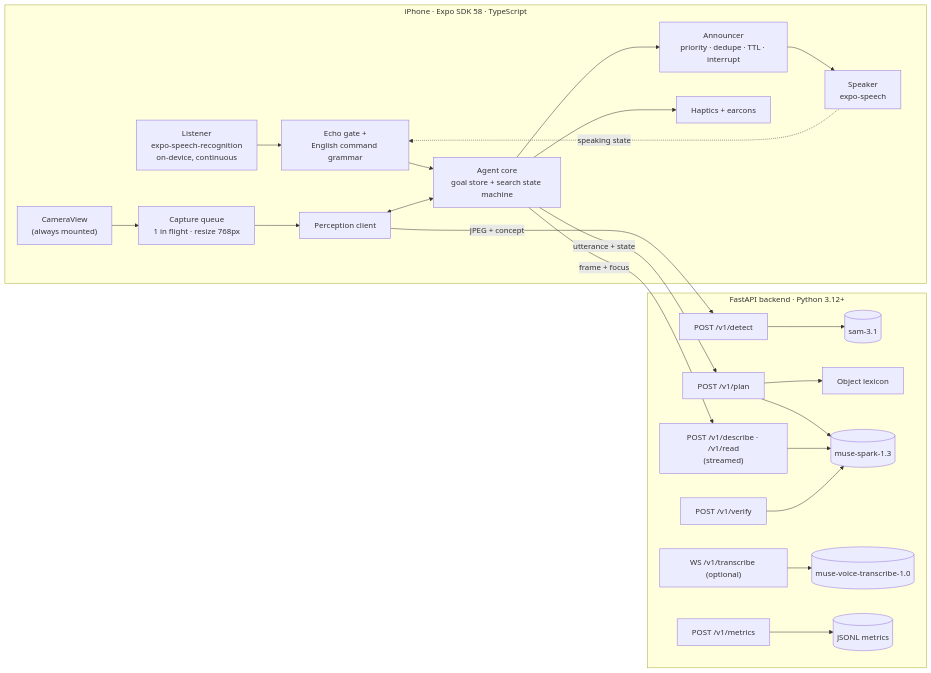
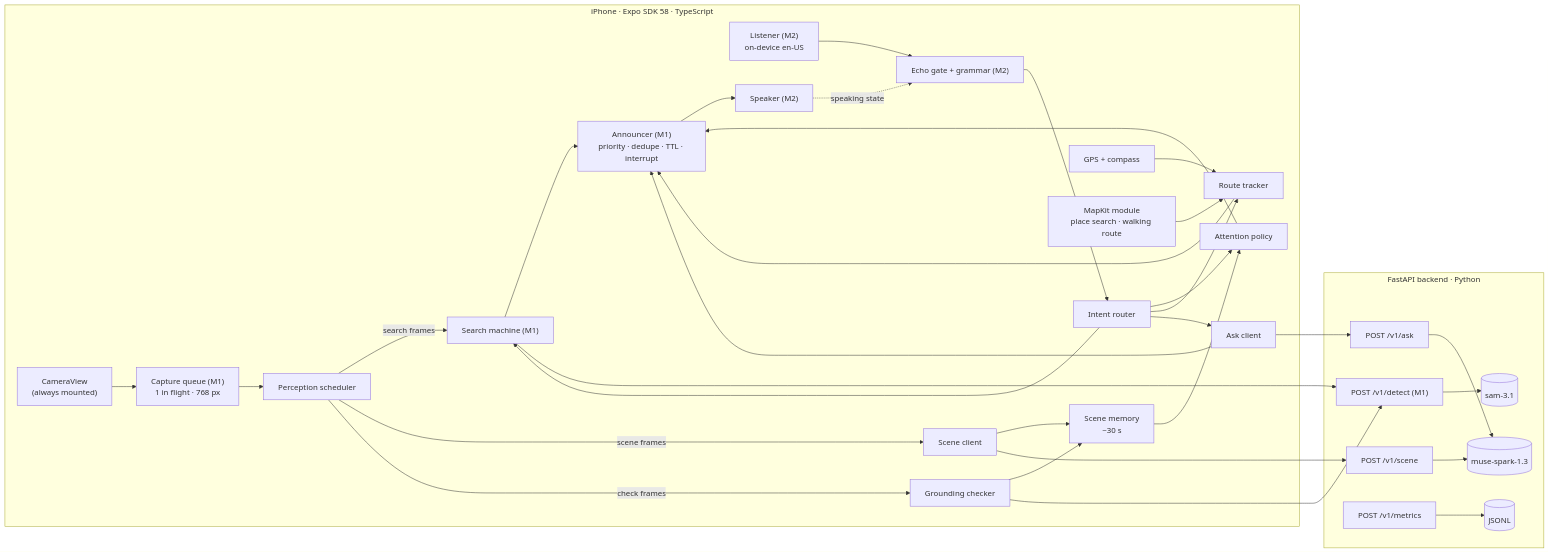
Before and after one commit to handue/heynavi: the diagram in docs/ARCHITECTURE.md, drawn with Mermaid. The commit also changed other lines of this file and 11 other files, not shown here.

First line of the commit message:
docs: revise vision and roadmap around continuous scene understanding

````diff
--- a/docs/ARCHITECTURE.md
+++ b/docs/ARCHITECTURE.md
@@ -19,26 +42,33 @@
 ```mermaid
 flowchart LR
   subgraph Phone["iPhone · Expo SDK 58 · TypeScript"]
-    STT["Listener<br/>expo-speech-recognition<br/>on-device, continuous"] --> GATE["Echo gate +<br/>English command grammar"]
-    GATE --> AGENT["Agent core<br/>goal store + search state machine"]
-    CAM["CameraView<br/>(always mounted)"] --> CQ["Capture queue<br/>1 in flight · resize 768px"]
-    CQ --> PC["Perception client"]
-    PC <--> AGENT
-    AGENT --> ANN["Announcer<br/>priority · dedupe · TTL · interrupt"]
-    ANN --> TTS["Speaker<br/>expo-speech"]
-    AGENT --> HAP["Haptics + earcons"]
-    TTS -. speaking state .-> GATE
+    CAM["CameraView<br/>(always mounted)"] --> CQ["Capture queue (M1)<br/>1 in flight · 768 px"]
+    CQ --> SCHED["Perception scheduler"]
+    SCHED -- "search frames" --> SRCH["Search machine (M1)"]
+    SCHED -- "scene frames" --> SCN["Scene client"]
+    SCHED -- "check frames" --> GRD["Grounding checker"]
+    SCN --> MEM["Scene memory<br/>~30 s"]
+    GRD --> MEM
+    MEM --> POL["Attention policy"]
+    LOC["GPS + compass"] --> NAV["Route tracker"]
+    MK["MapKit module<br/>place search · walking route"] --> NAV
+    STT["Listener (M2)<br/>on-device en-US"] --> GATE["Echo gate + grammar (M2)"]
+    GATE --> ROUTER["Intent router"]
+    ROUTER --> SRCH & POL & NAV & ASK["Ask client"]
+    SRCH --> ANN["Announcer (M1)<br/>priority · dedupe · TTL · interrupt"]
+    POL --> ANN
+    NAV --> ANN
+    ASK --> ANN
+    ANN --> TTS["Speaker (M2)"]
+    TTS -. "speaking state" .-> GATE
   end
-  subgraph API["FastAPI backend · Python 3.12+"]
-    DET["POST /v1/detect"] --> SAM[("sam-3.1")]
-    PLAN["POST /v1/plan"] --> LEX["Object lexicon"]
-    PLAN --> SPARK[("muse-spark-1.3")]
-    DESC["POST /v1/describe · /v1/read<br/>(streamed)"] --> SPARK
-    VER["POST /v1/verify"] --> SPARK
-    ASR["WS /v1/transcribe (optional)"] --> MVT[("muse-voice-transcribe-1.0")]
-    MET["POST /v1/metrics"] --> LOG[("JSONL metrics")]
+  subgraph API["FastAPI backend · Python"]
+    DET["POST /v1/detect (M1)"] --> SAM[("sam-3.1")]
+    SCENE["POST /v1/scene"] --> SPARK[("muse-spark-1.3")]
+    ASKR["POST /v1/ask"] --> SPARK
+    MET["POST /v1/metrics"] --> LOG[("JSONL")]
   end
-  PC -- "JPEG + concept" --> DET
-  AGENT -- "utterance + state" --> PLAN
-  AGENT -- "frame + focus" --> DESC
+  SRCH & GRD --> DET
+  SCN --> SCENE
+  ASK --> ASKR
 ```
````
